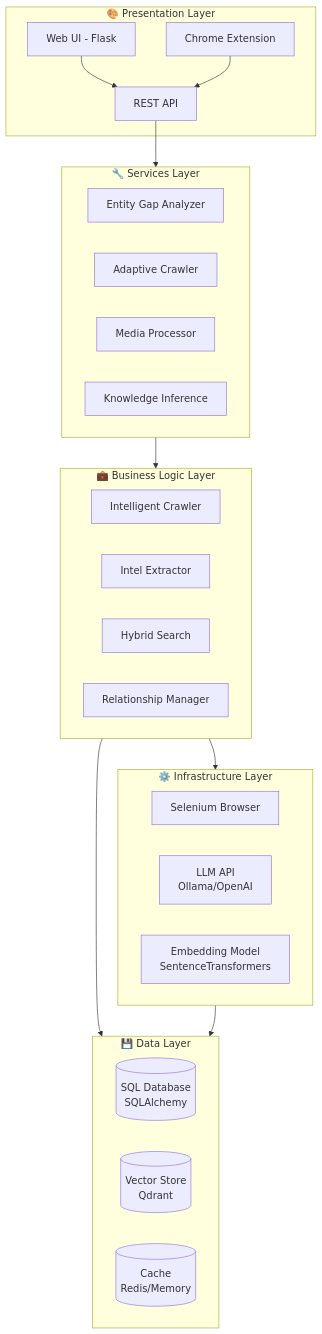
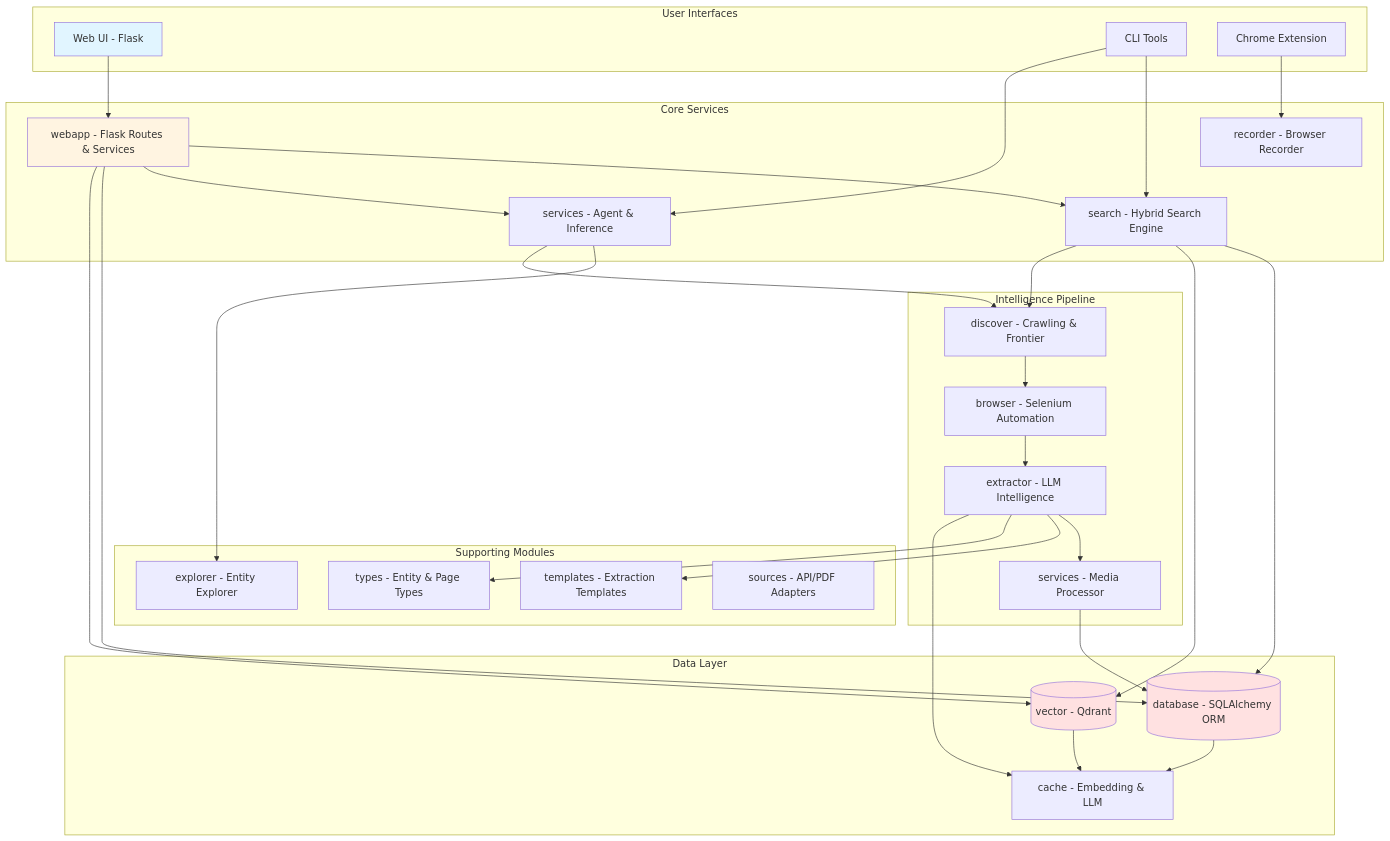
One commit to anorien90/Garuda changed the first of 4 diagrams in README.md. Above: the diagram before and after it, drawn with Mermaid. The commit also changed other lines of this file and 2 other files, not shown here.

````diff
--- a/README.md
+++ b/README.md
@@ -136,42 +126,69 @@
 ```mermaid
-flowchart TB
-    subgraph Presentation["🎨 Presentation Layer"]
+graph TB
+    subgraph "User Interfaces"
         UI[Web UI - Flask]
-        API[REST API]
+        CLI[CLI Tools]
         EXT[Chrome Extension]
     end
-    
-    subgraph Services["🔧 Services Layer"]
-        GapAnalyzer[Entity Gap Analyzer]
-        AdaptiveCrawler[Adaptive Crawler]
-        MediaProcessor[Media Processor]
-        InferenceEngine[Knowledge Inference]
+
+    subgraph "Core Services"
+        WEB[webapp - Flask Routes & Services]
+        SEARCH[search - Hybrid Search Engine]
+        AGENT[services - Agent & Inference]
+        REC[recorder - Browser Recorder]
     end
-    
-    subgraph Business["💼 Business Logic Layer"]
-        Crawler[Intelligent Crawler]
-        Extractor[Intel Extractor]
-        Search[Hybrid Search]
-        RelationMgr[Relationship Manager]
+
+    subgraph "Intelligence Pipeline"
+        DISC[discover - Crawling & Frontier]
+        BROW[browser - Selenium Automation]
+        EXTR[extractor - LLM Intelligence]
+        PROC[services - Media Processor]
     end
-    
-    subgraph Data["💾 Data Layer"]
-        SQL[(SQL Database<br/>SQLAlchemy)]
-        Vector[(Vector Store<br/>Qdrant)]
-        Cache[(Cache<br/>Redis/Memory)]
+
+    subgraph "Data Layer"
+        DB[(database - SQLAlchemy ORM)]
+        VEC[(vector - Qdrant)]
+        CACHE[cache - Embedding & LLM]
     end
-    
-    subgraph Infrastructure["⚙️ Infrastructure Layer"]
-        Browser[Selenium Browser]
-        LLM[LLM API<br/>Ollama/OpenAI]
-        Embedding[Embedding Model<br/>SentenceTransformers]
+
+    subgraph "Supporting Modules"
+        EXPL[explorer - Entity Explorer]
+        TEMP[templates - Extraction Templates]
+        TYPES[types - Entity & Page Types]
+        SRC[sources - API/PDF Adapters]
     end
-    
-    UI --> API
-    EXT --> API
-    API --> Services
-    Services --> Business
-    Business --> Data
-    Business --> Infrastructure
-    Infrastructure --> Data
+
+    UI --> WEB
+    CLI --> SEARCH
+    CLI --> AGENT
+    EXT --> REC
+
+    WEB --> SEARCH
+    WEB --> AGENT
+    WEB --> DB
+    WEB --> VEC
+
+    SEARCH --> DB
+    SEARCH --> VEC
+    SEARCH --> DISC
+
+    AGENT --> EXPL
+    AGENT --> DISC
+
+    DISC --> BROW
+    BROW --> EXTR
+    EXTR --> PROC
+    PROC --> DB
+
+    EXTR --> TEMP
+    EXTR --> TYPES
+    EXTR --> CACHE
+
+    DB --> CACHE
+    VEC --> CACHE
+
+    style UI fill:#e1f5ff
+    style WEB fill:#fff4e1
+    style DB fill:#ffe1e1
+    style VEC fill:#ffe1e1
 ```
````
